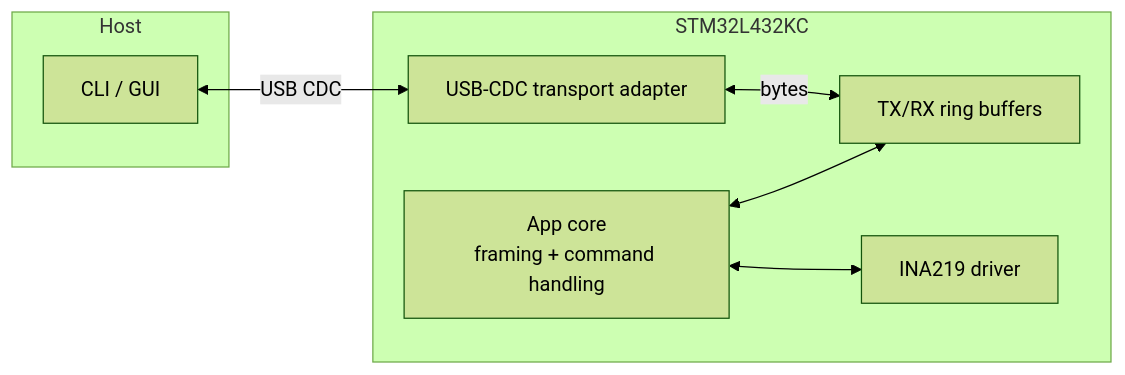
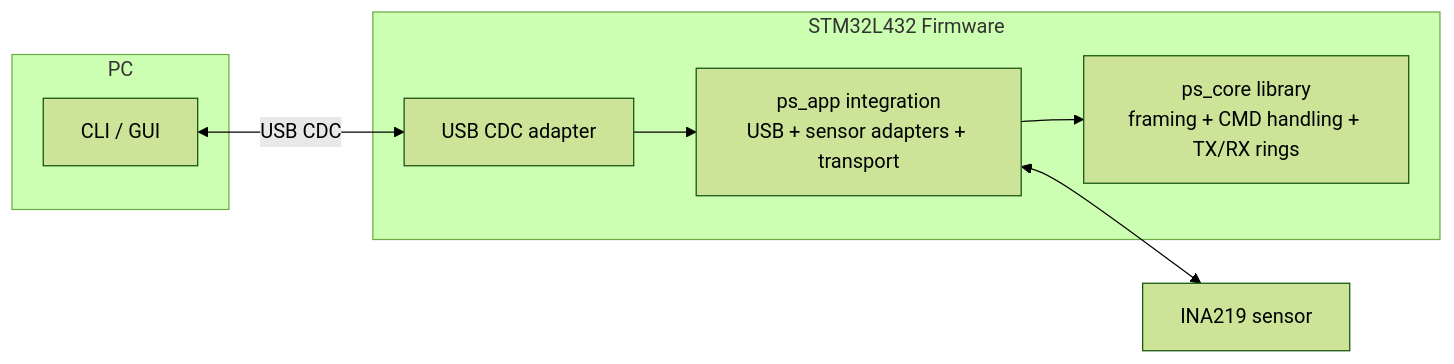
One commit to brahimab8/stm32-power-scope changed the first of 2 diagrams in docs/architecture.md. Above: the diagram before and after it, drawn with Mermaid (forest theme). The commit also changed other lines of this file and 1 other file, not shown here.

Commit message:
docs: update Readme and architecture docs

````diff
--- a/docs/architecture.md
+++ b/docs/architecture.md
@@ -12,18 +12,19 @@
 ```mermaid
 flowchart LR
-  subgraph Host
-    A[CLI / GUI]
+  subgraph HOST[PC]
+    CLI[CLI / GUI]
   end
 
-  subgraph Device[STM32L432KC]
-    B[App core<br/>framing + command handling]
-    C[USB-CDC transport adapter]
-    D[TX/RX ring buffers]
-    E[INA219 driver]
+  subgraph DEV[STM32L432 Firmware]
+    CORE[ps_core library<br>framing + CMD handling + TX/RX rings]
+    APP[ps_app integration<br>USB + sensor adapters + transport]
+    CDC[USB CDC adapter]
   end
 
-  A <-- USB CDC --> C
-  C <-- bytes --> D
-  B <--> D
-  B <--> E
+  INA[INA219 sensor]
+
+  CLI <-->|USB CDC| CDC
+  CDC --> APP
+  APP --> CORE
+  APP <--> INA
 ```
````
